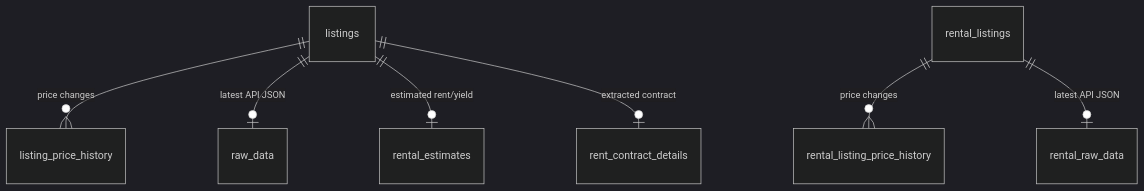
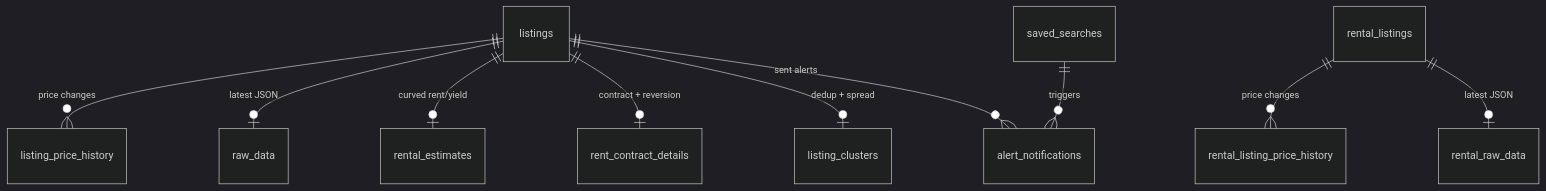
The diagram in docs/DATA_MODEL.md (RPGPT/rental-yield-hunter), drawn with Mermaid (dark theme) before and after one commit. The commit also changed other lines of this file and 34 other files, not shown here.

````diff
--- a/docs/DATA_MODEL.md
+++ b/docs/DATA_MODEL.md
@@ -6,9 +6,12 @@
 ```mermaid
 erDiagram
     listings ||--o{ listing_price_history : "price changes"
-    listings ||--o| raw_data : "latest API JSON"
-    listings ||--o| rental_estimates : "estimated rent/yield"
-    listings ||--o| rent_contract_details : "extracted contract"
+    listings ||--o| raw_data : "latest JSON"
+    listings ||--o| rental_estimates : "curved rent/yield"
+    listings ||--o| rent_contract_details : "contract + reversion"
+    listings ||--o| listing_clusters : "dedup + spread"
+    listings ||--o{ alert_notifications : "sent alerts"
+    saved_searches ||--o{ alert_notifications : "triggers"
     rental_listings ||--o{ rental_listing_price_history : "price changes"
-    rental_listings ||--o| rental_raw_data : "latest API JSON"
+    rental_listings ||--o| rental_raw_data : "latest JSON"
 ```
````
